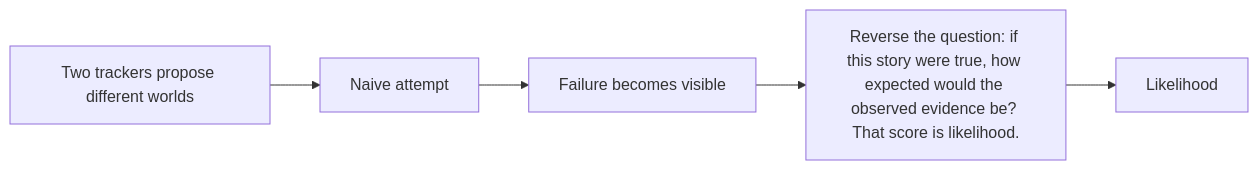
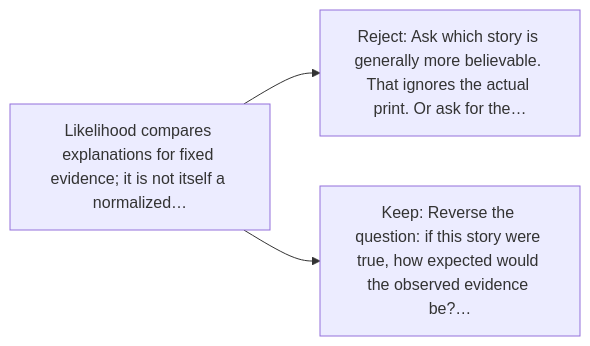
The diagram in excavations/018-likelihood/diagram.md (kleem-labs/AI-Archaeology), drawn with Mermaid before and after one commit. The commit also changed other lines of this file and 288 other files, not shown here.

````diff
--- a/excavations/018-likelihood/diagram.md
+++ b/excavations/018-likelihood/diagram.md
@@ -3,7 +5,5 @@
-~~~mermaid
+```mermaid
 flowchart LR
- A["Two trackers propose different worlds"] --> B["Naive attempt"]
- B --> C["Failure becomes visible"]
- C --> D["Reverse the question: if this story were true, how expected would the observed evidence be? That score is likelihood."]
- D --> E["Likelihood"]
-~~~
+    B["Likelihood compares explanations for fixed evidence; it is not itself a normalized…"] --> A["Reject: Ask which story is generally more believable. That ignores the actual print. Or ask for the…"]
+    B --> C["Keep: Reverse the question: if this story were true, how expected would the observed evidence be?…"]
+```
````
